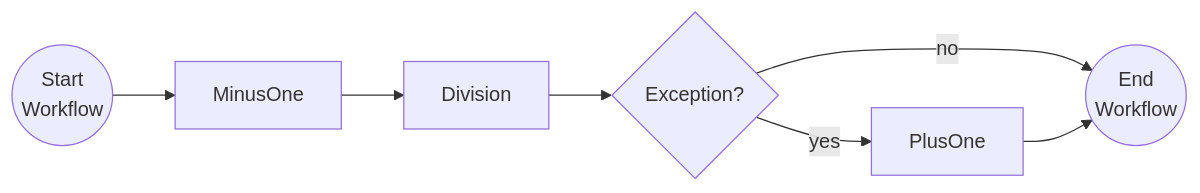
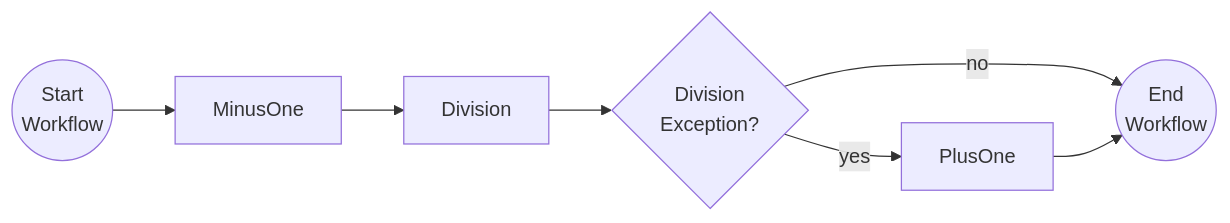
One commit to dapr/quickstarts changed the diagram in tutorials/workflow/csharp/resiliency-and-compensation/README.md. Above: the diagram before and after it, drawn with Mermaid. The commit also changed other lines of this file and 7 other files, not shown here.

````diff
--- a/tutorials/workflow/csharp/resiliency-and-compensation/README.md
+++ b/tutorials/workflow/csharp/resiliency-and-compensation/README.md
@@ -9,17 +9,18 @@
 ```mermaid
 graph LR
    SW((Start
    Workflow))
    A1[MinusOne]
    A2[Division]
-   EX{Exception?}
+   EX{Division
+   Exception?}
    A3[PlusOne]
    EW((End
    Workflow))
    SW --> A1
    A1 --> A2
    A2 --> EX
    EX -- yes --> A3
    EX -- no --> EW
    A3 --> EW
 ```
````
